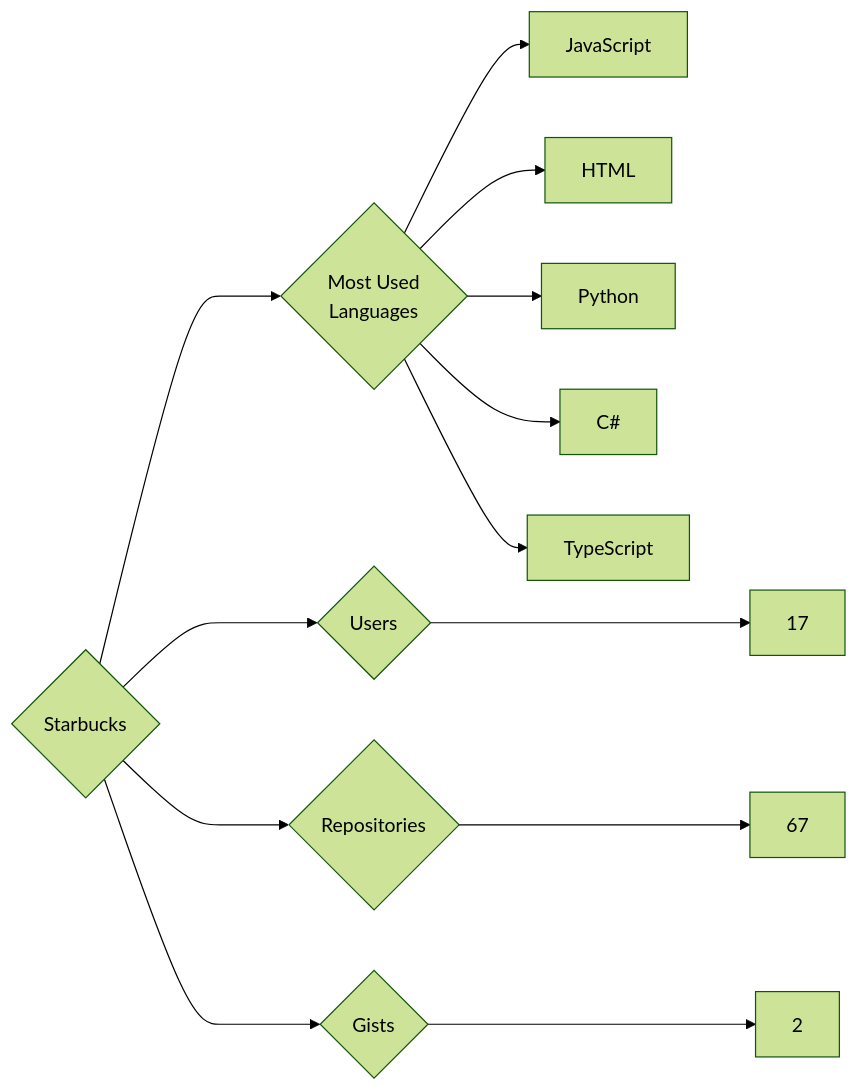
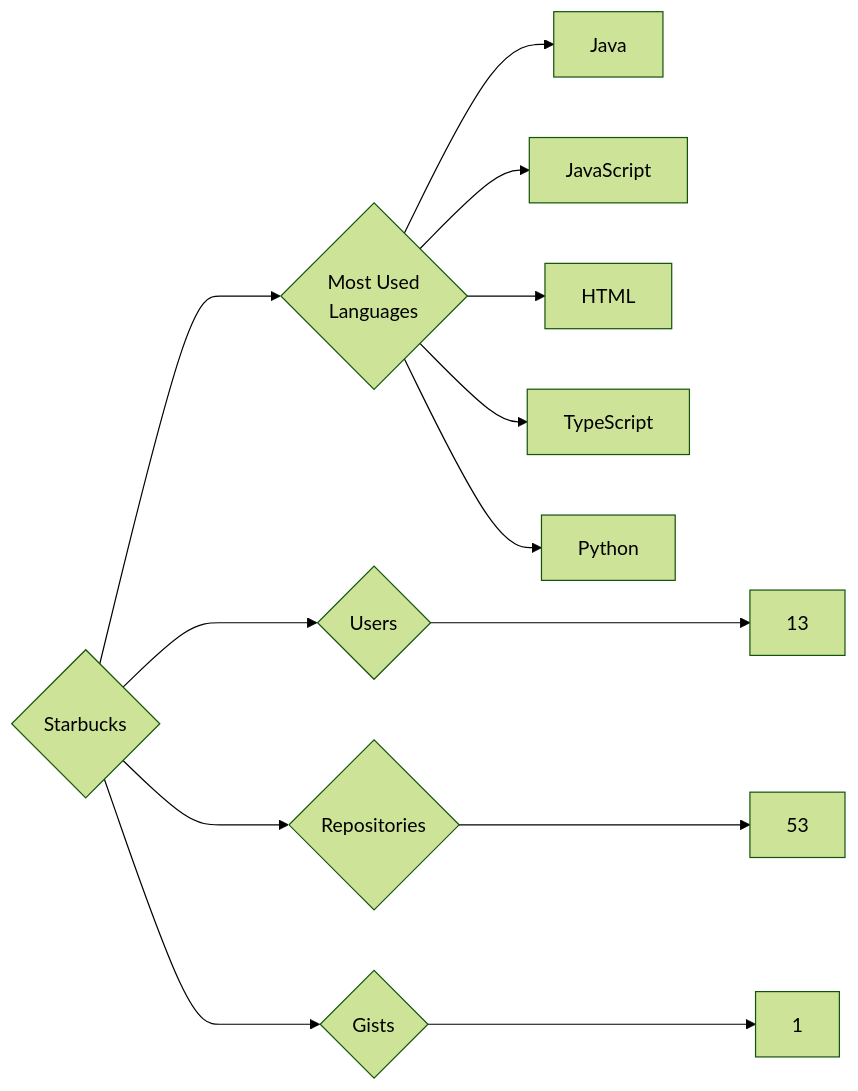
One commit to trickest/insiders changed the diagram in targets/Starbucks/README.md. Above: the diagram before and after it, drawn with Mermaid (forest theme). The commit also changed 860 other files, not shown here.

````diff
--- a/targets/Starbucks/README.md
+++ b/targets/Starbucks/README.md
@@ -3,13 +3,13 @@
 ```mermaid
 graph LR
 COMPANY_NAME{Starbucks}
-COMPANY_NAME ---> U{Users} ---> UN[17]
-COMPANY_NAME ---> R{Repositories} ---> RN[67]
-COMPANY_NAME ---> G{Gists} ---> GN[2]
+COMPANY_NAME ---> U{Users} ---> UN[13]
+COMPANY_NAME ---> R{Repositories} ---> RN[53]
+COMPANY_NAME ---> G{Gists} ---> GN[1]
 COMPANY_NAME ---> ML{Most Used<br>Languages}
+ML --> Java[Java]
 ML --> JavaScript[JavaScript]
 ML --> HTML[HTML]
+ML --> TypeScript[TypeScript]
 ML --> Python[Python]
-ML --> C#[C#]
-ML --> TypeScript[TypeScript]
 ```
````
